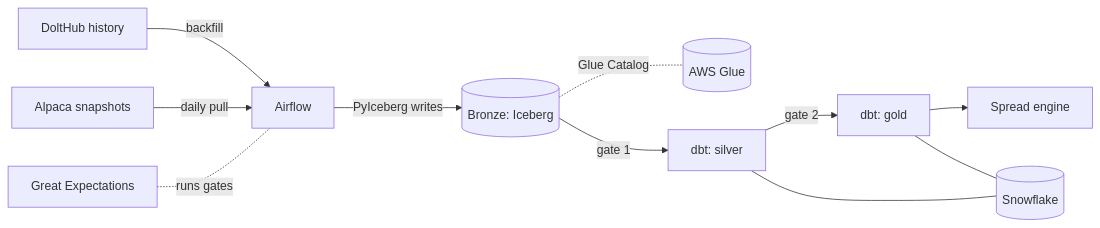
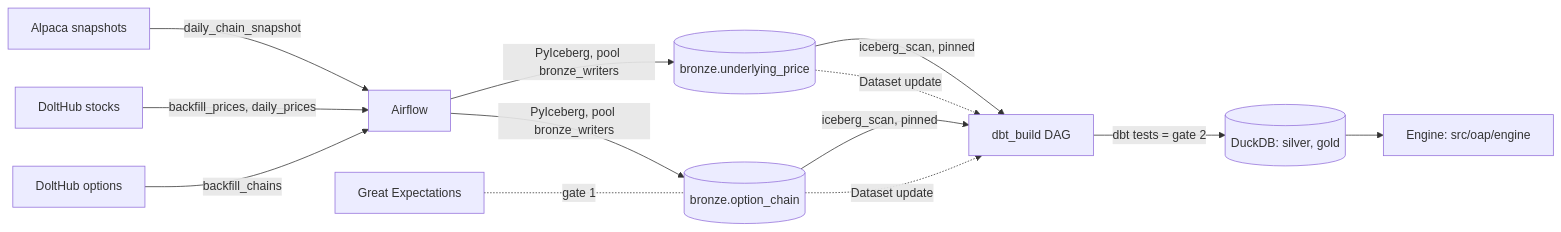
Before and after one commit to tomanathan/options-analytics-platform: the diagram in docs/architecture.md, drawn with Mermaid. The commit also changed other lines of this file and 4 other files, not shown here.

Commit message:
docs: describe the built bronze, silver, gold and engine layers, pools, fail-fast and the dbt hook

````diff
--- a/docs/architecture.md
+++ b/docs/architecture.md
@@ -7,12 +7,13 @@
 ```mermaid
 flowchart LR
-    H[DoltHub history] -->|backfill| B[Airflow]
-    A[Alpaca snapshots] -->|daily pull| B
-    B -->|PyIceberg writes| C[(Bronze: Iceberg)]
-    C -. Glue Catalog .- G[(AWS Glue)]
-    C -->|gate 1| D[dbt: silver]
-    D -->|gate 2| E[dbt: gold]
-    E --> F[Spread engine]
-    D & E --- S[(Snowflake)]
-    GE[Great Expectations] -. runs gates .- B
+    H[DoltHub options] -->|backfill_chains| A[Airflow]
+    S[DoltHub stocks] -->|backfill_prices, daily_prices| A
+    L[Alpaca snapshots] -->|daily_chain_snapshot| A
+    A -->|PyIceberg, pool bronze_writers| B1[(bronze.option_chain)]
+    A -->|PyIceberg, pool bronze_writers| B2[(bronze.underlying_price)]
+    B1 & B2 -. Dataset update .-> D[dbt_build DAG]
+    B1 & B2 -->|iceberg_scan, pinned| D
+    D -->|dbt tests = gate 2| G[(DuckDB: silver, gold)]
+    G --> E[Engine: src/oap/engine]
+    GE[Great Expectations] -. gate 1 .- B1
 ```
````
